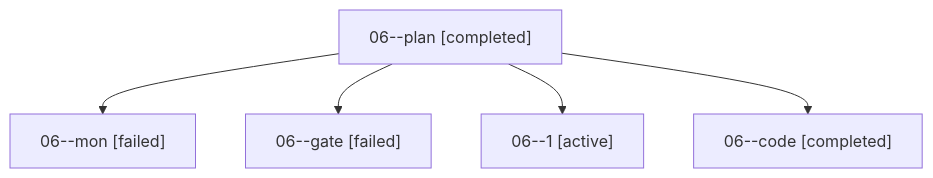
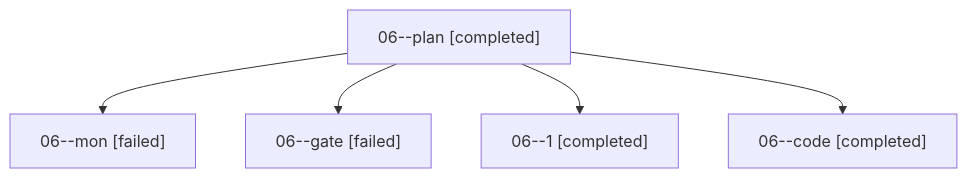
The diagram in sessions/bbugyi200.apollo.06.md (sase-org/sase--agents), drawn with Mermaid before and after one commit. The commit also changed other lines of this file and 56 other files, not shown here.

````diff
--- a/sessions/bbugyi200.apollo.06.md
+++ b/sessions/bbugyi200.apollo.06.md
@@ -9,12 +9,12 @@
 ```mermaid
 flowchart TD
   n0["06--plan [completed]"]
   n1["06--mon [failed]"]
   n0 --> n1
   n2["06--gate [failed]"]
   n0 --> n2
-  n3["06--1 [active]"]
+  n3["06--1 [completed]"]
   n0 --> n3
   n4["06--code [completed]"]
   n0 --> n4
 ```
````
